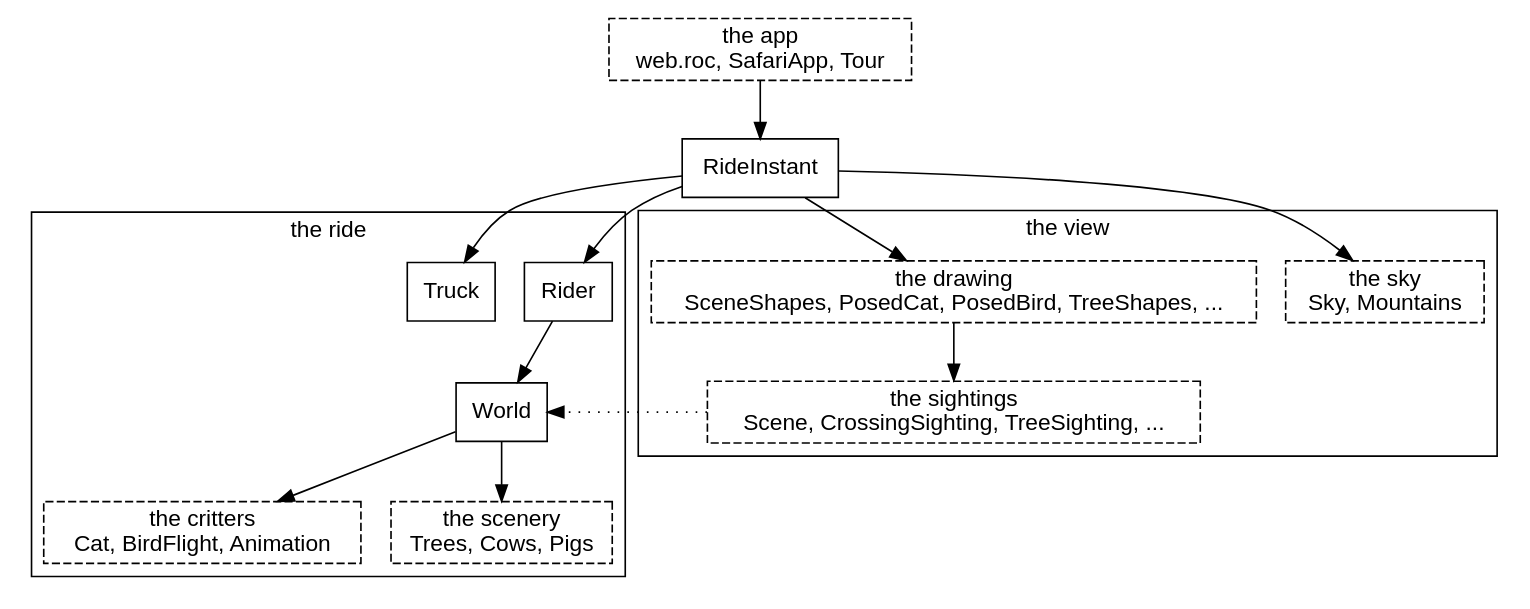
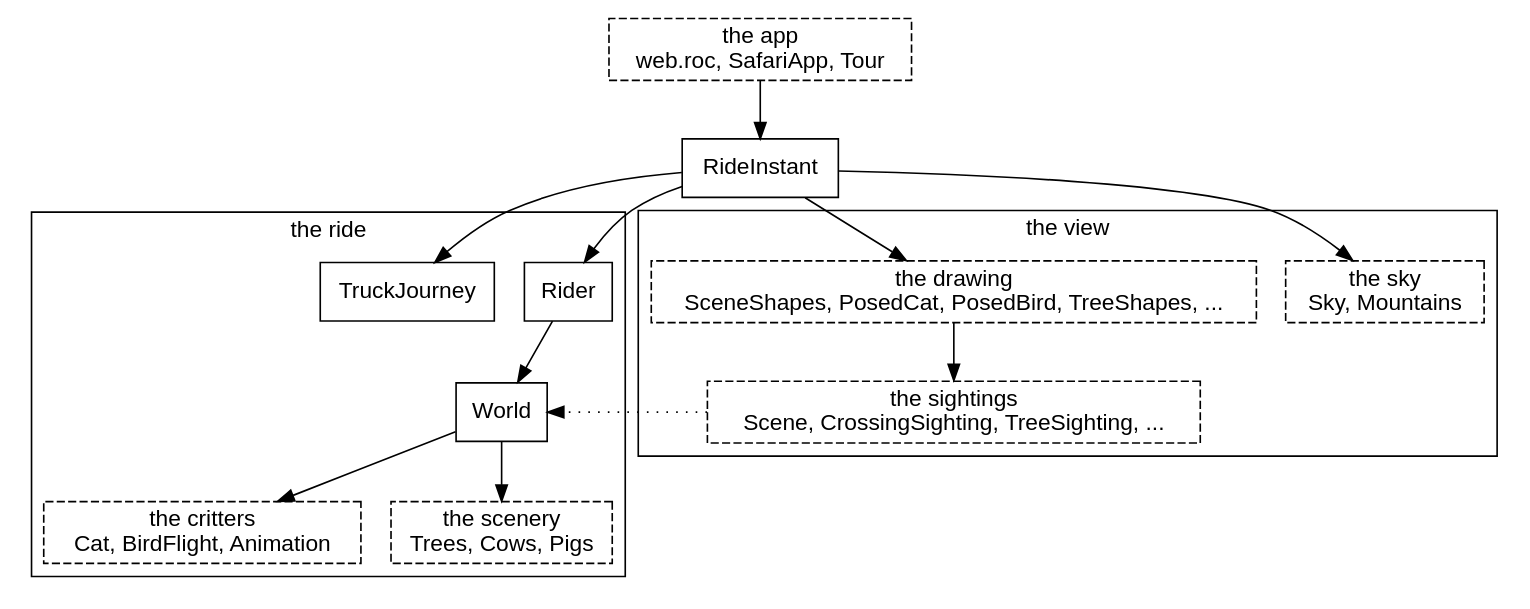
One commit to showell/roc-apps changed the second of 35 diagrams in canvas_apps/safari/tutorial/tutorial.md. Above: the diagram before and after it, drawn with Graphviz. The commit also changed other lines of this file, not shown here.

Commit message:
tutorial: TruckJourney and Truck outside the truck chapters

````diff
--- a/canvas_apps/safari/tutorial/tutorial.md
+++ b/canvas_apps/safari/tutorial/tutorial.md
@@ -89,29 +89,29 @@
 ```dot
 digraph system {
   node [shape=box, fontname="Helvetica"];
   fontname="Helvetica";
   app [label="the app\nweb.roc, SafariApp, Tour", style=dashed];
   subgraph cluster_ride {
     label="the ride";
-    Rider; Truck; World;
+    Rider; TruckJourney; World;
     critters [label="the critters\nCat, BirdFlight, Animation", style=dashed];
     scenery [label="the scenery\nTrees, Cows, Pigs", style=dashed];
   }
   subgraph cluster_view {
     label="the view";
     sky [label="the sky\nSky, Mountains", style=dashed];
     drawing [label="the drawing\nSceneShapes, PosedCat, PosedBird, TreeShapes, ...", style=dashed];
     sightings [label="the sightings\nScene, CrossingSighting, TreeSighting, ...", style=dashed];
   }
   app -> RideInstant;
   RideInstant -> Rider;
-  RideInstant -> Truck;
+  RideInstant -> TruckJourney;
   Rider -> World;
   World -> critters;
   World -> scenery;
   RideInstant -> sky;
   RideInstant -> drawing;
   drawing -> sightings;
   sightings -> World [style=dotted, constraint=false];
 }
 ```
````
